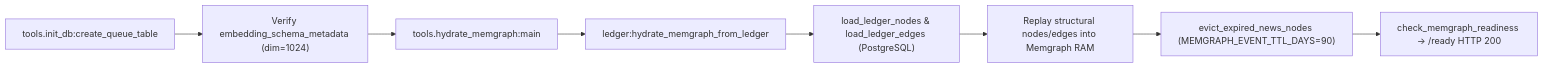
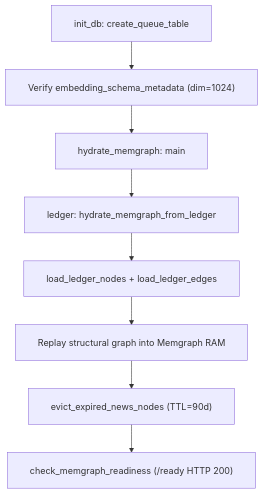
Before and after one commit to CamiloEmiliano/YarnBall: the fourth of 4 diagrams in docs/technical-report/02-ontology-linkage-and-ledger.md, drawn with Mermaid. The commit also changed other lines of this file and 6 other files, not shown here.

Commit message:
docs(technical-report): fix Mermaid rendering, Monograph numbering, notation, and Ch.0 layout

````diff
--- a/docs/technical-report/02-ontology-linkage-and-ledger.md
+++ b/docs/technical-report/02-ontology-linkage-and-ledger.md
@@ -270,10 +287,11 @@
 ```mermaid
-flowchart LR
-    A["tools.init_db:create_queue_table"] --> B["Verify embedding_schema_metadata (dim=1024)"]
-    B --> C["tools.hydrate_memgraph:main"]
-    C --> D["ledger:hydrate_memgraph_from_ledger"]
-    D --> E["load_ledger_nodes & load_ledger_edges (PostgreSQL)"]
-    E --> F["Replay structural nodes/edges into Memgraph RAM"]
-    F --> G["evict_expired_news_nodes (MEMGRAPH_EVENT_TTL_DAYS=90)"]
-    G --> H["check_memgraph_readiness -> /ready HTTP 200"]
+%%{init: {"flowchart": {"htmlLabels": false, "wrappingWidth": 420, "padding": 20}}}%%
+flowchart TD
+    A["init_db: create_queue_table"] --> B["Verify embedding_schema_metadata (dim=1024)"]
+    B --> C["hydrate_memgraph: main"]
+    C --> D["ledger: hydrate_memgraph_from_ledger"]
+    D --> E["load_ledger_nodes + load_ledger_edges"]
+    E --> F["Replay structural graph into Memgraph RAM"]
+    F --> G["evict_expired_news_nodes (TTL=90d)"]
+    G --> H["check_memgraph_readiness (/ready HTTP 200)"]
 ```
````
